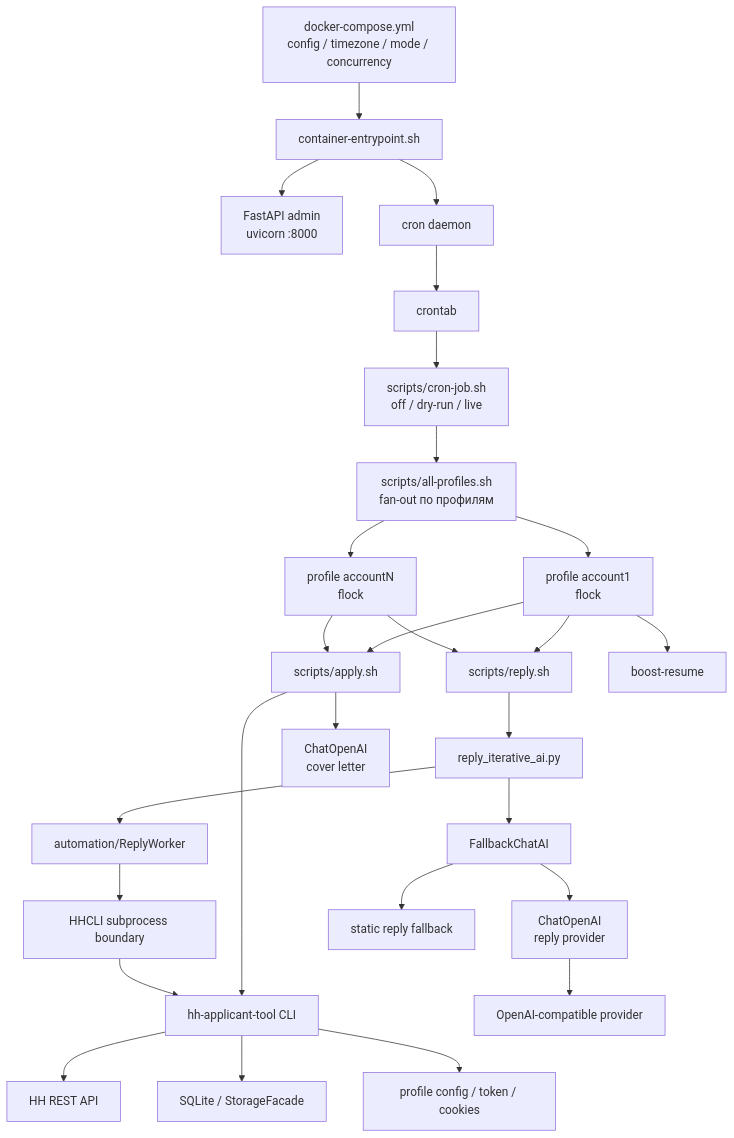
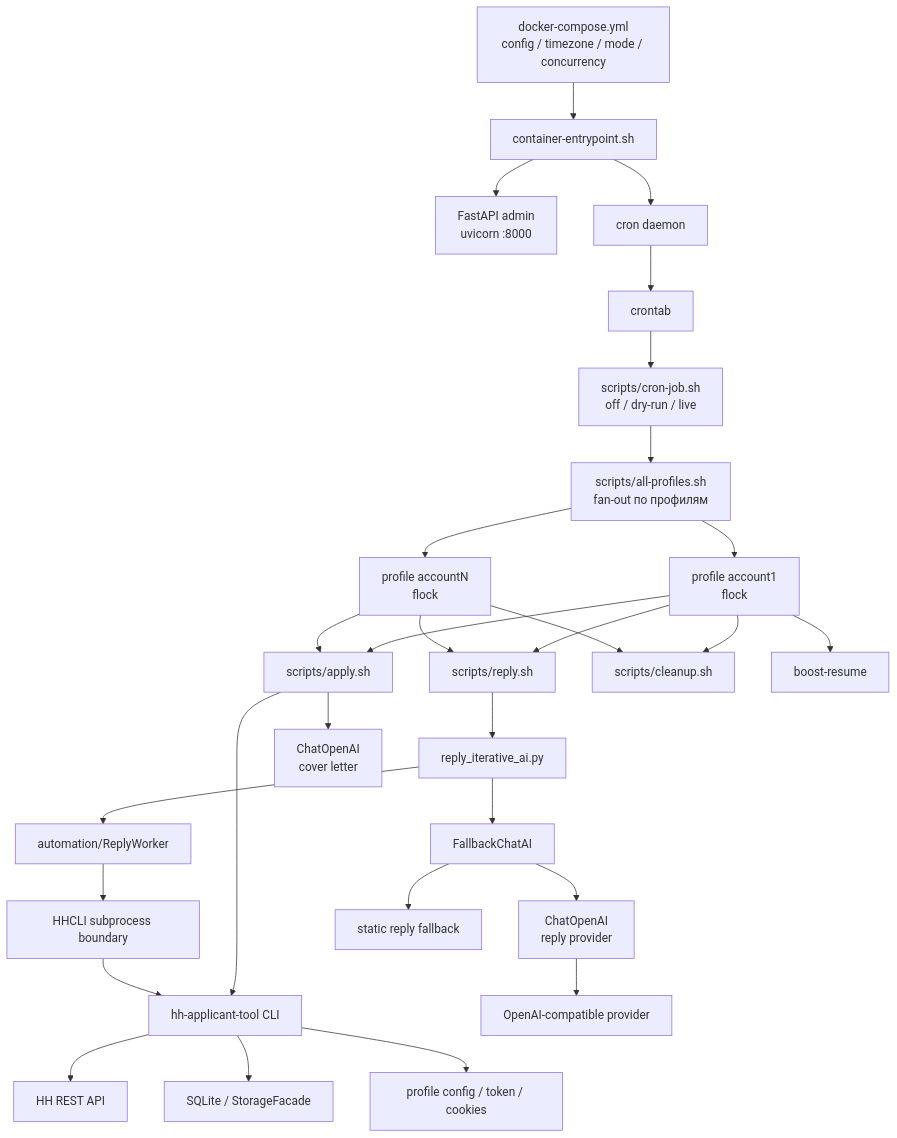
The first of 3 diagrams in docs/ARCHITECTURE.md (orelkrylatiy/hh-ops), drawn with Mermaid before and after one commit. The commit also changed other lines of this file, not shown here.

Commit message:
docs: include cleanup in production architecture

````diff
--- a/docs/ARCHITECTURE.md
+++ b/docs/ARCHITECTURE.md
@@ -13,41 +13,43 @@
 ```mermaid
 flowchart TD
     Compose["docker-compose.yml\nconfig / timezone / mode / concurrency"]
     Entry["container-entrypoint.sh"]
     Admin["FastAPI admin\nuvicorn :8000"]
     Cron["cron daemon"]
     Schedule["crontab"]
 
     Compose --> Entry
     Entry --> Admin
     Entry --> Cron
     Cron --> Schedule
 
     Schedule --> Gate["scripts/cron-job.sh\noff / dry-run / live"]
     Gate --> Fleet["scripts/all-profiles.sh\nfan-out по профилям"]
 
     Fleet --> Profile1["profile account1\nflock"]
     Fleet --> ProfileN["profile accountN\nflock"]
 
     Profile1 --> Apply["scripts/apply.sh"]
     Profile1 --> Reply["scripts/reply.sh"]
+    Profile1 --> Cleanup["scripts/cleanup.sh"]
     Profile1 --> Boost["boost-resume"]
     ProfileN --> Apply
     ProfileN --> Reply
+    ProfileN --> Cleanup
 
     Apply --> CLI["hh-applicant-tool CLI"]
     Reply --> ReplyBootstrap["reply_iterative_ai.py"]
     ReplyBootstrap --> Worker["automation/ReplyWorker"]
     Worker --> HHCLI["HHCLI subprocess boundary"]
     HHCLI --> CLI
 
     CLI --> HHAPI["HH REST API"]
     CLI --> Storage["SQLite / StorageFacade"]
     CLI --> ProfileConfig["profile config / token / cookies"]
 
     Apply --> CoverLLM["ChatOpenAI\ncover letter"]
     ReplyBootstrap --> FallbackAI["FallbackChatAI"]
     FallbackAI --> ReplyLLM["ChatOpenAI\nreply provider"]
     ReplyLLM --> Provider["OpenAI-compatible provider"]
     FallbackAI --> StaticFallback["static reply fallback"]
 ```
````
